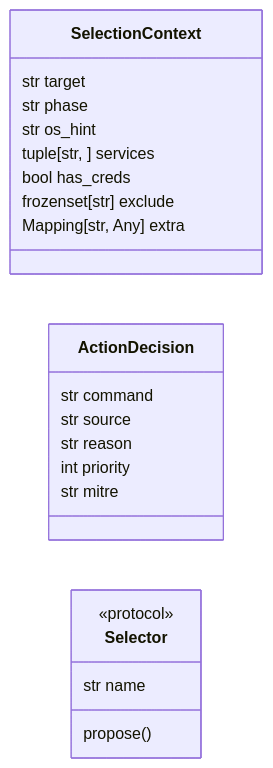
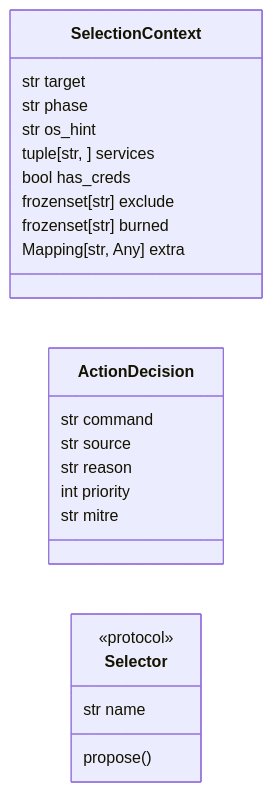
The diagram in readmenator-apidocs/modules/modules.selection.base.py.md (grisuno/LazyOwn), drawn with Mermaid before and after one commit. The commit also changed other lines of this file and 508 other files, not shown here.

````diff
--- a/readmenator-apidocs/modules/modules.selection.base.py.md
+++ b/readmenator-apidocs/modules/modules.selection.base.py.md
@@ -22,22 +22,23 @@
 ```mermaid
 classDiagram
     direction LR
     class SelectionContext
     SelectionContext : str target
     SelectionContext : str phase
     SelectionContext : str os_hint
     SelectionContext : tuple[str, ] services
     SelectionContext : bool has_creds
     SelectionContext : frozenset[str] exclude
+    SelectionContext : frozenset[str] burned
     SelectionContext : Mapping[str, Any] extra
     class ActionDecision
     ActionDecision : str command
     ActionDecision : str source
     ActionDecision : str reason
     ActionDecision : int priority
     ActionDecision : str mitre
     class Selector
     <<protocol>> Selector
     Selector : str name
     Selector : propose()
 ```
````
